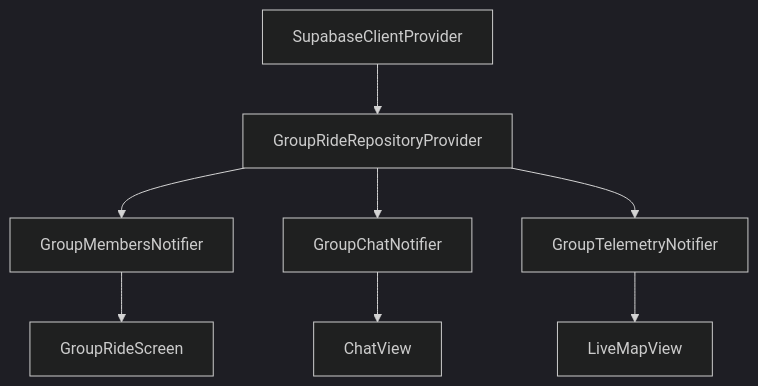
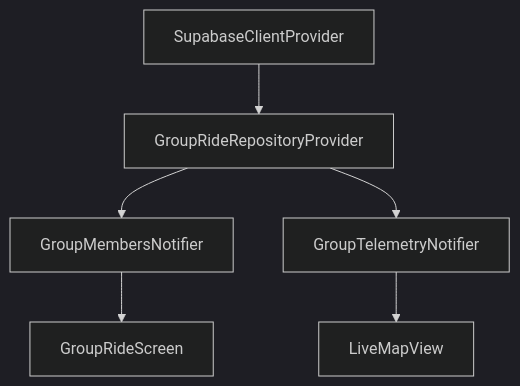
One commit to Aldrin-Joan/QUANTANE changed the third of 3 diagrams in Docs/implementation_plan.md. Above: the diagram before and after it, drawn with Mermaid (dark theme). The commit also changed other lines of this file and 21 other files, not shown here.

Commit message:
Group Chat Removed

````diff
--- a/Docs/implementation_plan.md
+++ b/Docs/implementation_plan.md
@@ -482,11 +182,9 @@
 ```mermaid
 graph TD
     SClient[SupabaseClientProvider] --> GRRepo[GroupRideRepositoryProvider]
     GRRepo --> GMNot[GroupMembersNotifier]
-    GRRepo --> GCNot[GroupChatNotifier]
     GRRepo --> GTNot[GroupTelemetryNotifier]
     
     GTNot --> MapUI[LiveMapView]
-    GCNot --> ChatUI[ChatView]
     GMNot --> ShellUI[GroupRideScreen]
 ```
````
